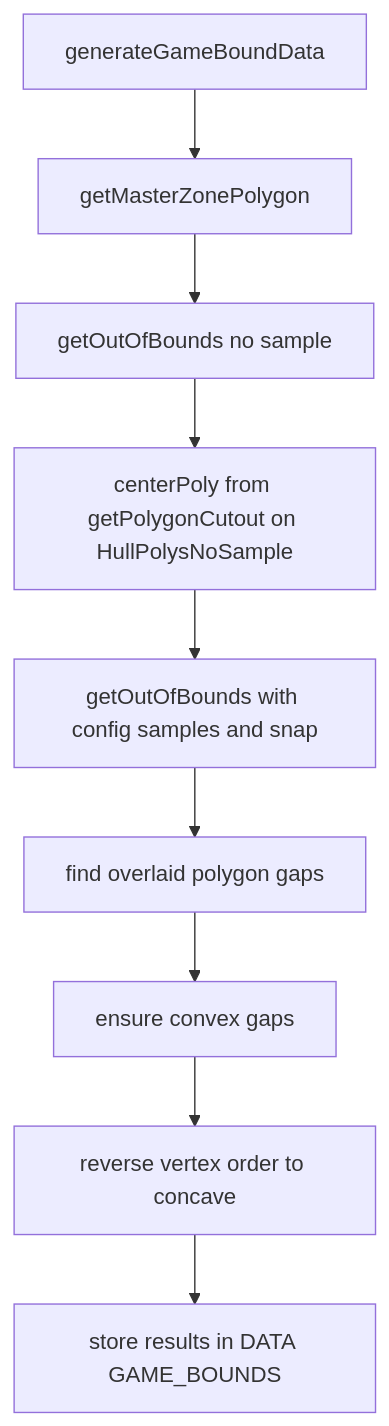
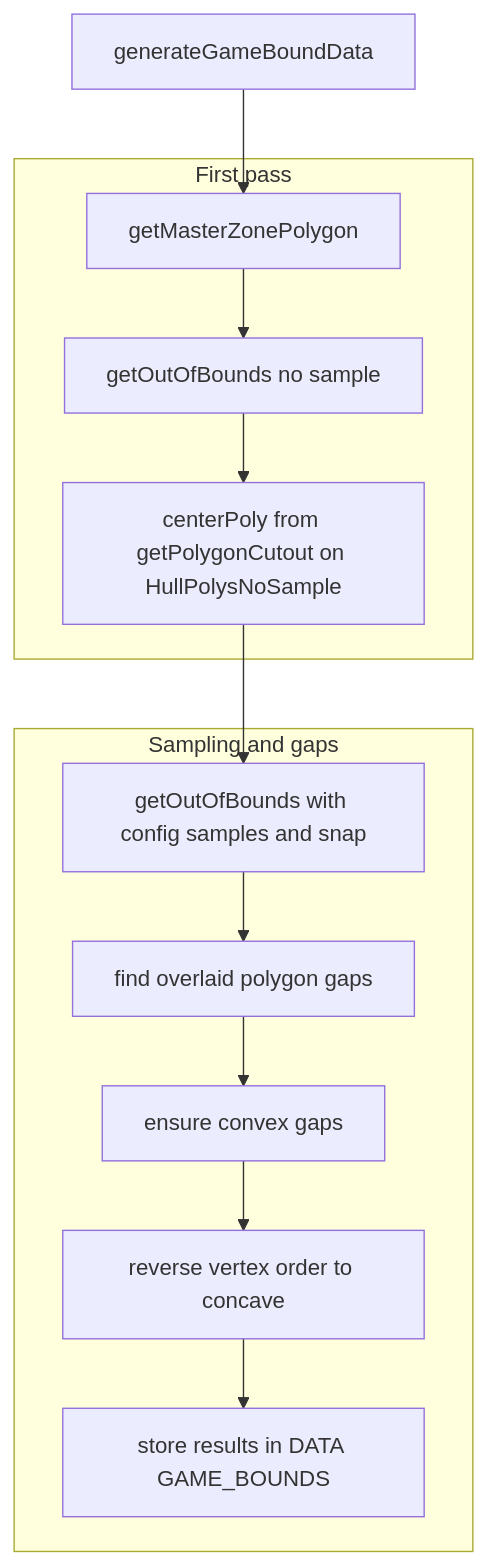
Before and after one commit to Gh0st352/AETHR: the first of 7 diagrams in docs/zone_manager/game_bounds.md, drawn with Mermaid. The commit also changed other lines of this file and 6 other files, not shown here.

Commit message:
docs(zone_manager, mermaid): normalize headings, restructure Mermaid diagrams, and add shared theme & class annotations

````diff
--- a/docs/zone_manager/game_bounds.md
+++ b/docs/zone_manager/game_bounds.md
@@ -26,11 +26,19 @@
 ```mermaid
+%% shared theme: docs/_mermaid/theme.json %%
 flowchart TD
   P1[generateGameBoundData] --> P2[getMasterZonePolygon]
-  P2 --> P3[getOutOfBounds no sample]
-  P3 --> P4[centerPoly from getPolygonCutout on HullPolysNoSample]
-  P4 --> P5[getOutOfBounds with config samples and snap]
-  P5 --> P6[find overlaid polygon gaps]
-  P6 --> P7[ensure convex gaps]
-  P7 --> P8[reverse vertex order to concave]
-  P8 --> P9[store results in DATA GAME_BOUNDS]
+  subgraph "First pass"
+    P2 --> P3[getOutOfBounds no sample]
+    P3 --> P4[centerPoly from getPolygonCutout on HullPolysNoSample]
+  end
+  subgraph "Sampling and gaps"
+    P4 --> P5[getOutOfBounds with config samples and snap]
+    P5 --> P6[find overlaid polygon gaps]
+    P6 --> P7[ensure convex gaps]
+    P7 --> P8[reverse vertex order to concave]
+    P8 --> P9[store results in DATA GAME_BOUNDS]
+  end
+  class P1,P2,P3,P4,P5,P6,P7,P8 class_step;
+  class P9 class_result;
+  class P2,P3,P5 class_compute;
 ```
````
